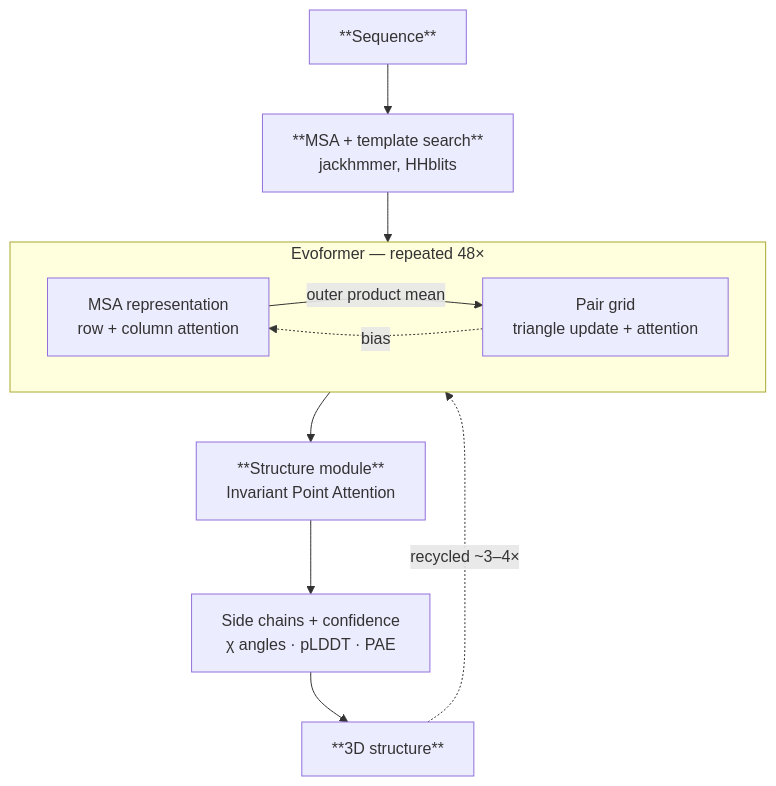
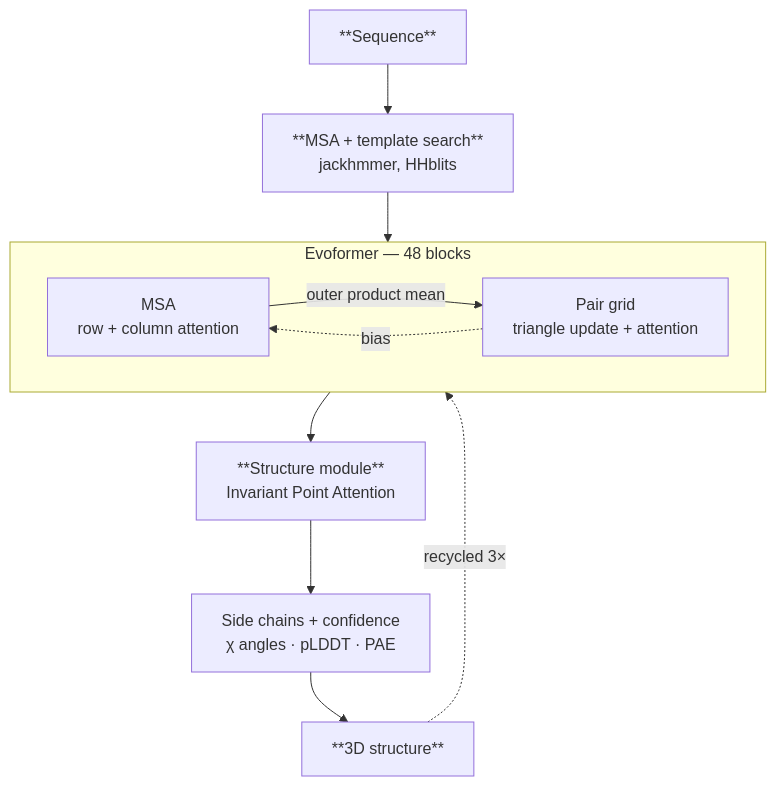
Before and after one commit to oboy-1/oboy-1.github.io: the third of 8 diagrams in _posts/2026-8-27-protein-language-models.md, drawn with Mermaid. The commit also changed other lines of this file and 11 other files, not shown here.

````diff
--- a/_posts/2026-8-27-protein-language-models.md
+++ b/_posts/2026-8-27-protein-language-models.md
@@ -826,26 +555,26 @@
 ```mermaid
 flowchart TD
   SEQ["**Sequence**"]
   SEARCH["**MSA + template search**
   jackhmmer, HHblits"]
 
-  subgraph EVOFORMER [" Evoformer — repeated 48× "]
+  subgraph EVOFORMER [" Evoformer — 48 blocks "]
     direction LR
-    MSA["MSA representation
+    MSA["MSA
     row + column attention"]
     PAIR["Pair grid
     triangle update + attention"]
     MSA -->|outer product mean| PAIR
     PAIR -.->|bias| MSA
   end
 
   STRUCT["**Structure module**
   Invariant Point Attention"]
   FINISH["Side chains + confidence
   χ angles · pLDDT · PAE"]
   OUT["**3D structure**"]
 
   SEQ --> SEARCH --> EVOFORMER
   EVOFORMER --> STRUCT --> FINISH --> OUT
-  OUT -.->|recycled ~3–4×| EVOFORMER
+  OUT -.->|recycled 3×| EVOFORMER
 ```
````
